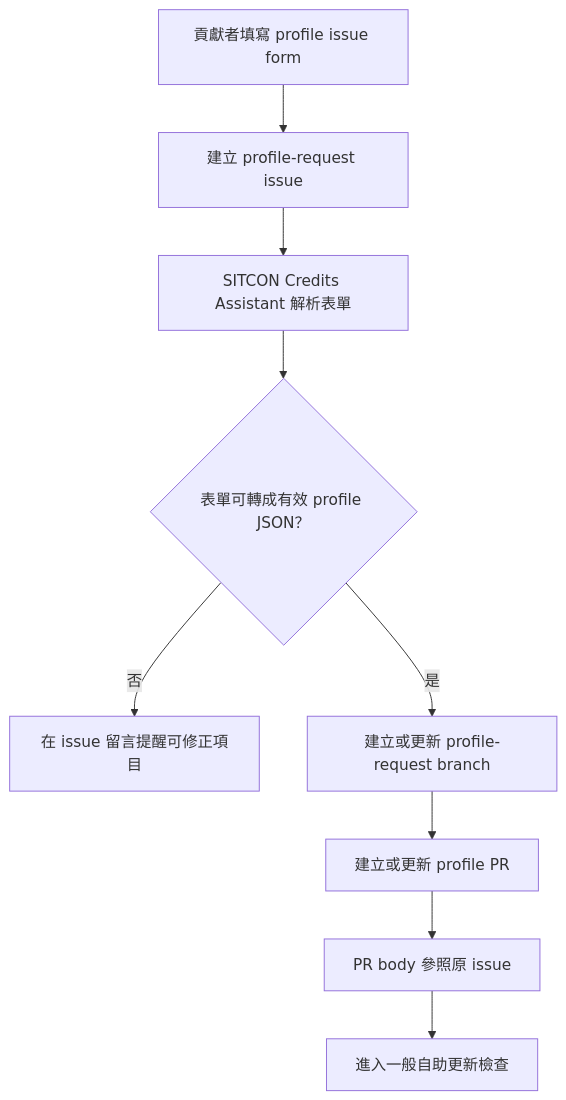
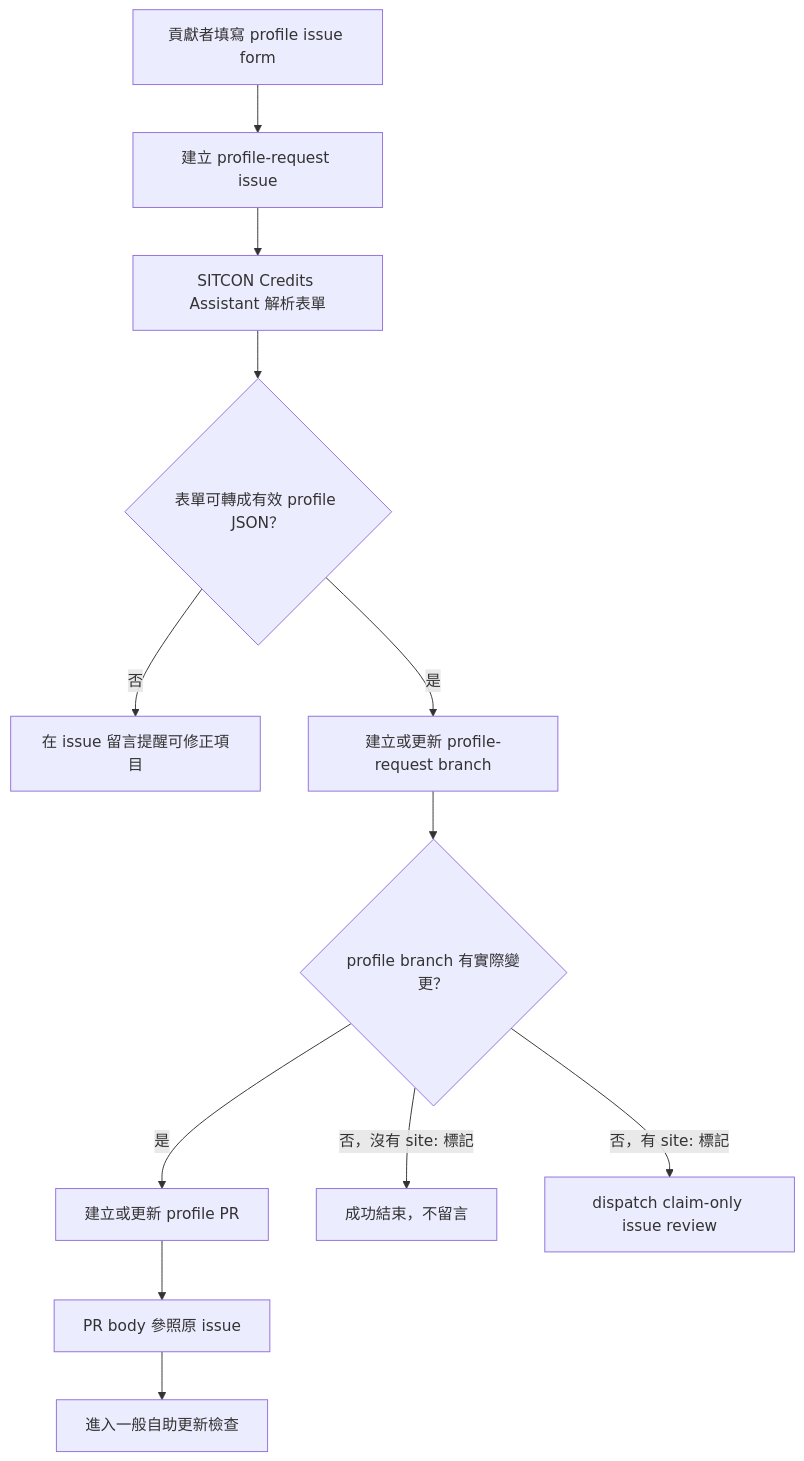
The first of 2 diagrams in docs/workflows.md (sitcon-tw/credits-profiles), drawn with Mermaid before and after one commit. The commit also changed other lines of this file and 2 other files, not shown here.

Commit message:
docs: clarify claim-only issue requests

````diff
--- a/docs/workflows.md
+++ b/docs/workflows.md
@@ -9,11 +9,14 @@
 ```mermaid
 flowchart TD
   contributor["貢獻者填寫 profile issue form"] --> issue["建立 profile-request issue"]
   issue --> assistant["SITCON Credits Assistant 解析表單"]
   assistant --> valid{"表單可轉成有效 profile JSON？"}
   valid -->|否| issueComment["在 issue 留言提醒可修正項目"]
   valid -->|是| branch["建立或更新 profile-request branch"]
-  branch --> pr["建立或更新 profile PR"]
+  branch --> hasDiff{"profile branch 有實際變更？"}
+  hasDiff -->|是| pr["建立或更新 profile PR"]
+  hasDiff -->|否，沒有 site: 標記| noOp["成功結束，不留言"]
+  hasDiff -->|否，有 site: 標記| claimOnly["dispatch claim-only issue review"]
   pr --> linked["PR body 參照原 issue"]
   linked --> normal["進入一般自助更新檢查"]
 ```
````
